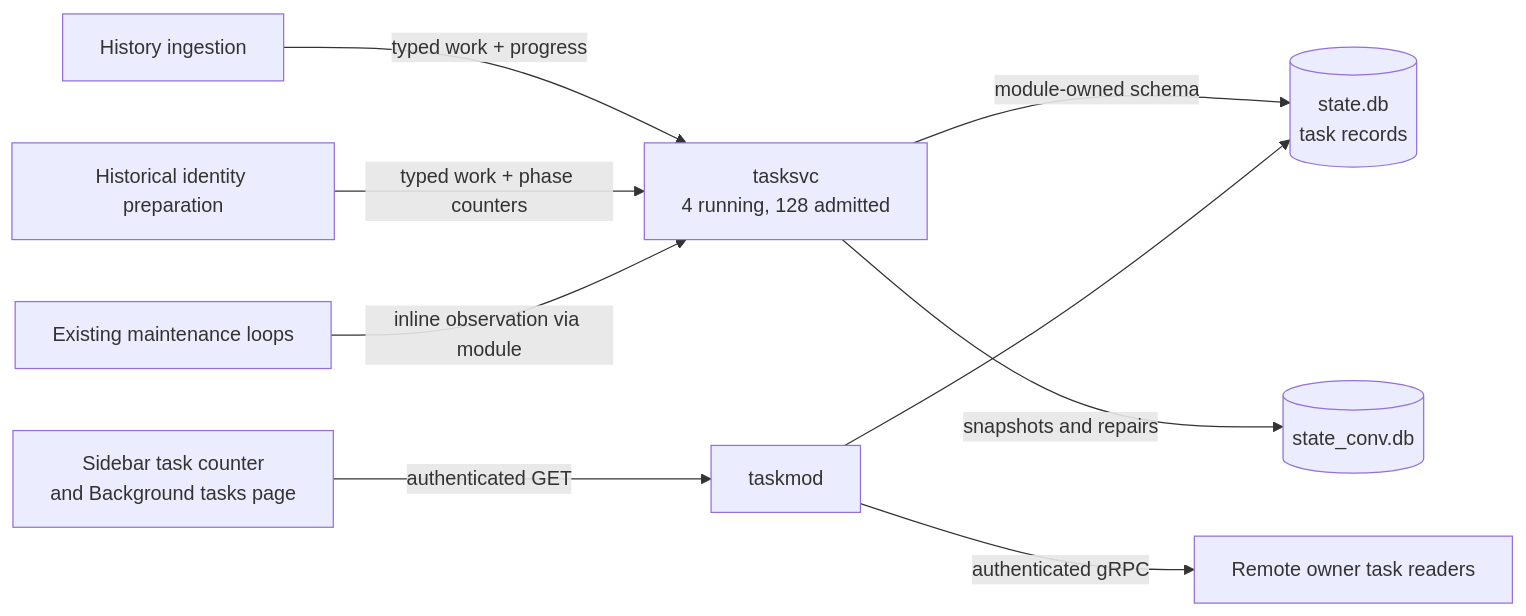
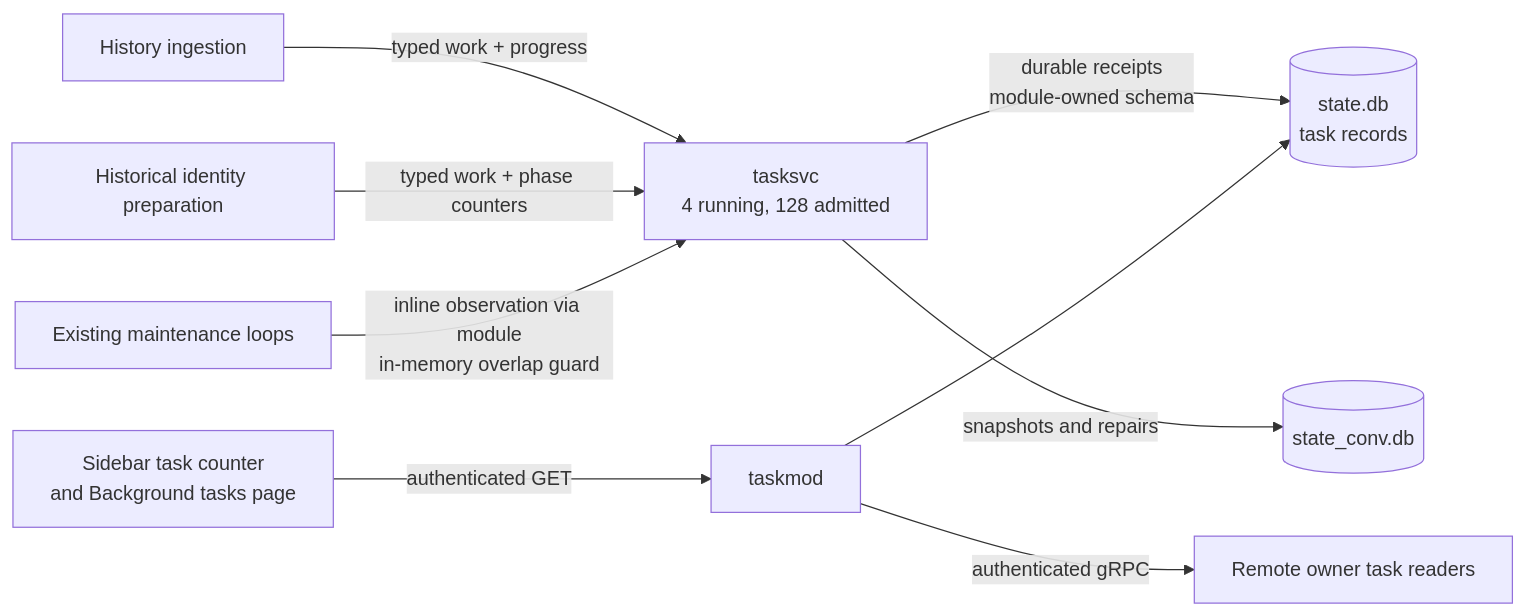
The seventh of 7 diagrams in docs/other/architecture-history.md (ocman/ocman), drawn with Mermaid before and after one commit. The commit also changed other lines of this file and 12 other files, not shown here.

````diff
--- a/docs/other/architecture-history.md
+++ b/docs/other/architecture-history.md
@@ -773,11 +773,11 @@
 ```mermaid
 flowchart LR
     Import[History ingestion] -->|typed work + progress| Manager[tasksvc<br/>4 running, 128 admitted]
     Prepare[Historical identity preparation] -->|typed work + phase counters| Manager
-    Schedule[Existing maintenance loops] -->|inline observation via module| Manager
-    Manager -->|module-owned schema| State[(state.db<br/>task records)]
+    Schedule[Existing maintenance loops] -->|inline observation via module<br/>in-memory overlap guard| Manager
+    Manager -->|durable receipts<br/>module-owned schema| State[(state.db<br/>task records)]
     Browser[Sidebar task counter<br/>and Background tasks page] -->|authenticated GET| API[taskmod]
     API --> State
     API -->|authenticated gRPC| Remote[Remote owner task readers]
     Manager -->|snapshots and repairs| History[(state_conv.db)]
 ```
````
